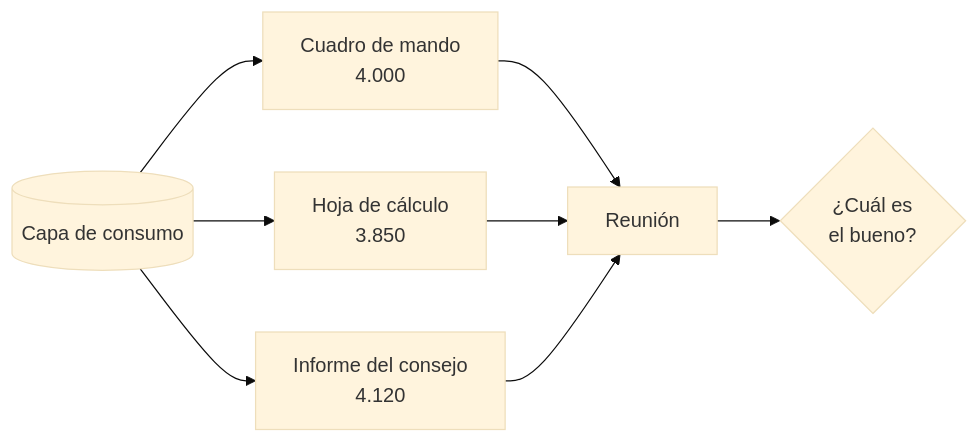
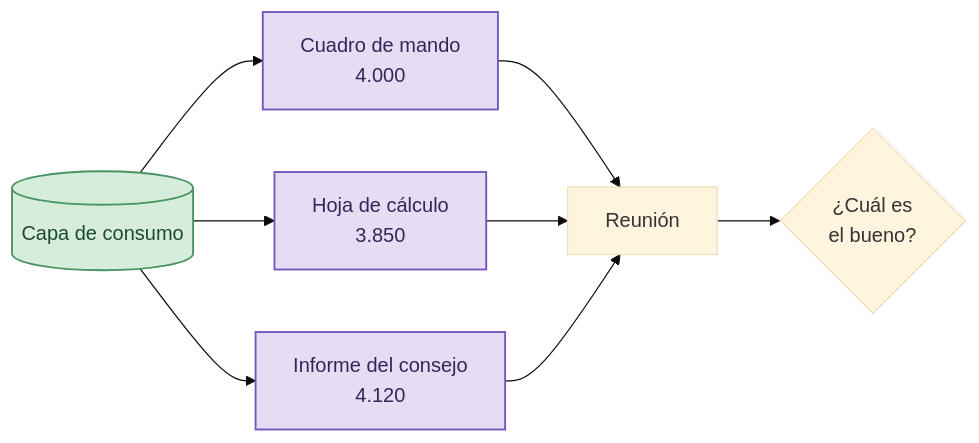
Before and after one commit to IraitzM/ingenieria-datos: the diagram in content/explotacion/intro.qmd, drawn with Mermaid (base theme). The commit also changed 28 other files, not shown here.

````diff
--- a/content/explotacion/intro.qmd
+++ b/content/explotacion/intro.qmd
@@ -26,11 +26,17 @@
 ```{mermaid}
 flowchart LR
     dw[("Capa de consumo")]
     dw --> c1["Cuadro de mando<br/>4.000"]
     dw --> c2["Hoja de cálculo<br/>3.850"]
     dw --> c3["Informe del consejo<br/>4.120"]
     c1 --> r["Reunión"]
     c2 --> r
     c3 --> r
     r --> d{"¿Cuál es<br/>el bueno?"}
+
+    %% Paleta por bloque del libro
+    classDef transformacion fill:#d7eddc,stroke:#4a9463,stroke-width:1.5px,color:#1c4a2e
+    classDef explotacion fill:#e6ddf5,stroke:#7457bd,stroke-width:1.5px,color:#332757
+    class dw transformacion
+    class c1,c2,c3 explotacion
 ```
````
